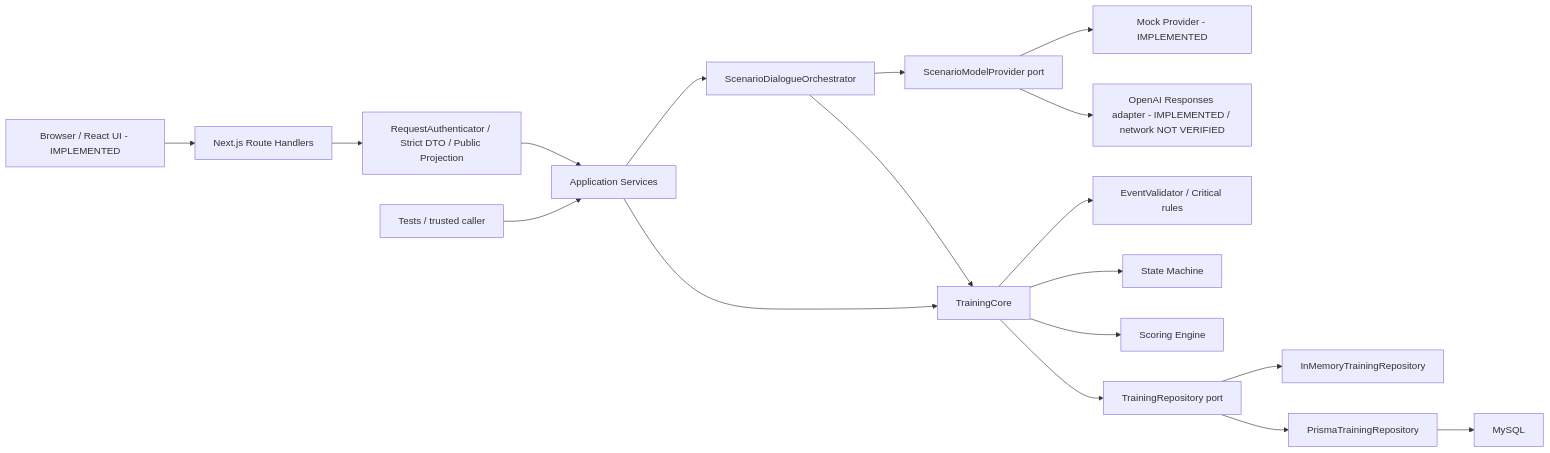
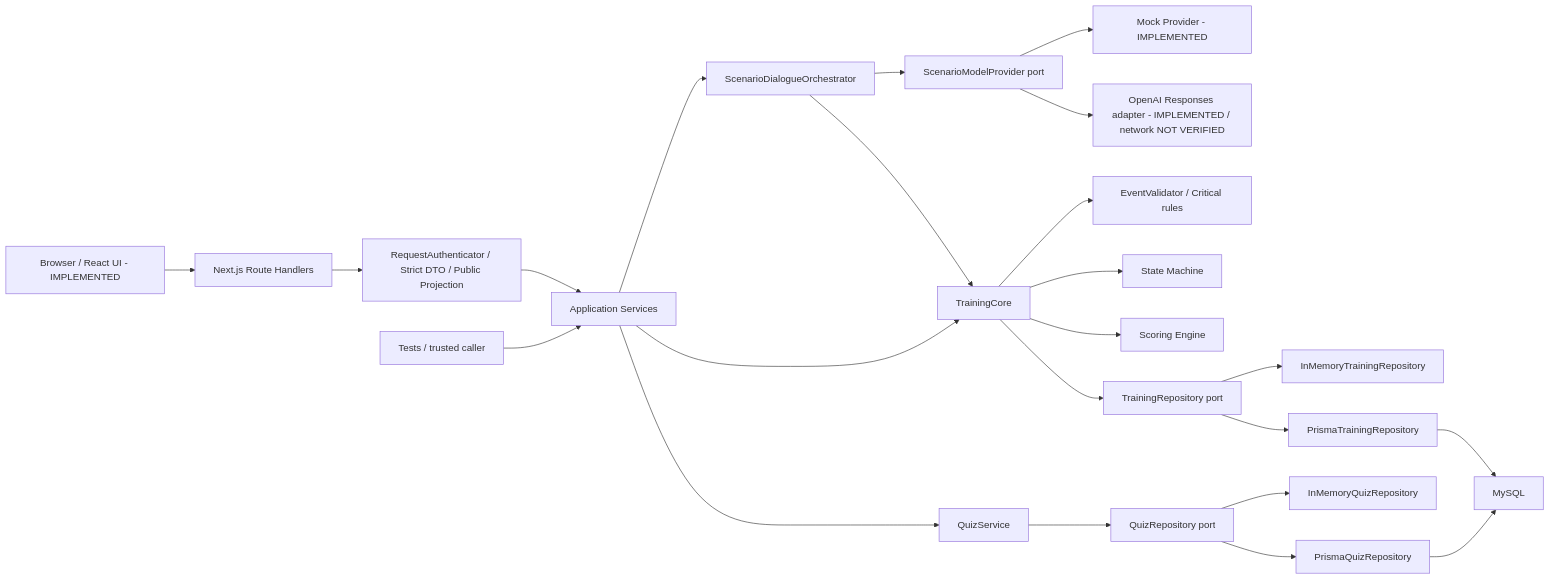
Before and after one commit to 9Tanaka/Project_mitjee: the diagram in docs/architecture.md, drawn with Mermaid. The commit also changed other lines of this file and 13 other files, not shown here.

````diff
--- a/docs/architecture.md
+++ b/docs/architecture.md
@@ -47,20 +47,25 @@
 ```mermaid
 flowchart LR
     browser["Browser / React UI - IMPLEMENTED"] --> http["Next.js Route Handlers"]
     http --> auth["RequestAuthenticator / Strict DTO / Public Projection"]
     auth --> entry["Application Services"]
     tests["Tests / trusted caller"] --> entry
     entry --> dialogue["ScenarioDialogueOrchestrator"]
     entry --> core["TrainingCore"]
+    entry --> quiz["QuizService"]
+    quiz --> quizRepository["QuizRepository port"]
+    quizRepository --> quizMemory["InMemoryQuizRepository"]
+    quizRepository --> quizPrisma["PrismaQuizRepository"]
+    quizPrisma --> mysql
     dialogue --> provider["ScenarioModelProvider port"]
     provider --> mock["Mock Provider - IMPLEMENTED"]
     provider --> live["OpenAI Responses adapter - IMPLEMENTED / network NOT VERIFIED"]
     dialogue --> core
     core --> validator["EventValidator / Critical rules"]
     core --> stateMachine["State Machine"]
     core --> scoring["Scoring Engine"]
     core --> repository["TrainingRepository port"]
     repository --> memory["InMemoryTrainingRepository"]
     repository --> prisma["PrismaTrainingRepository"]
     prisma --> mysql["MySQL"]
 ```
````
